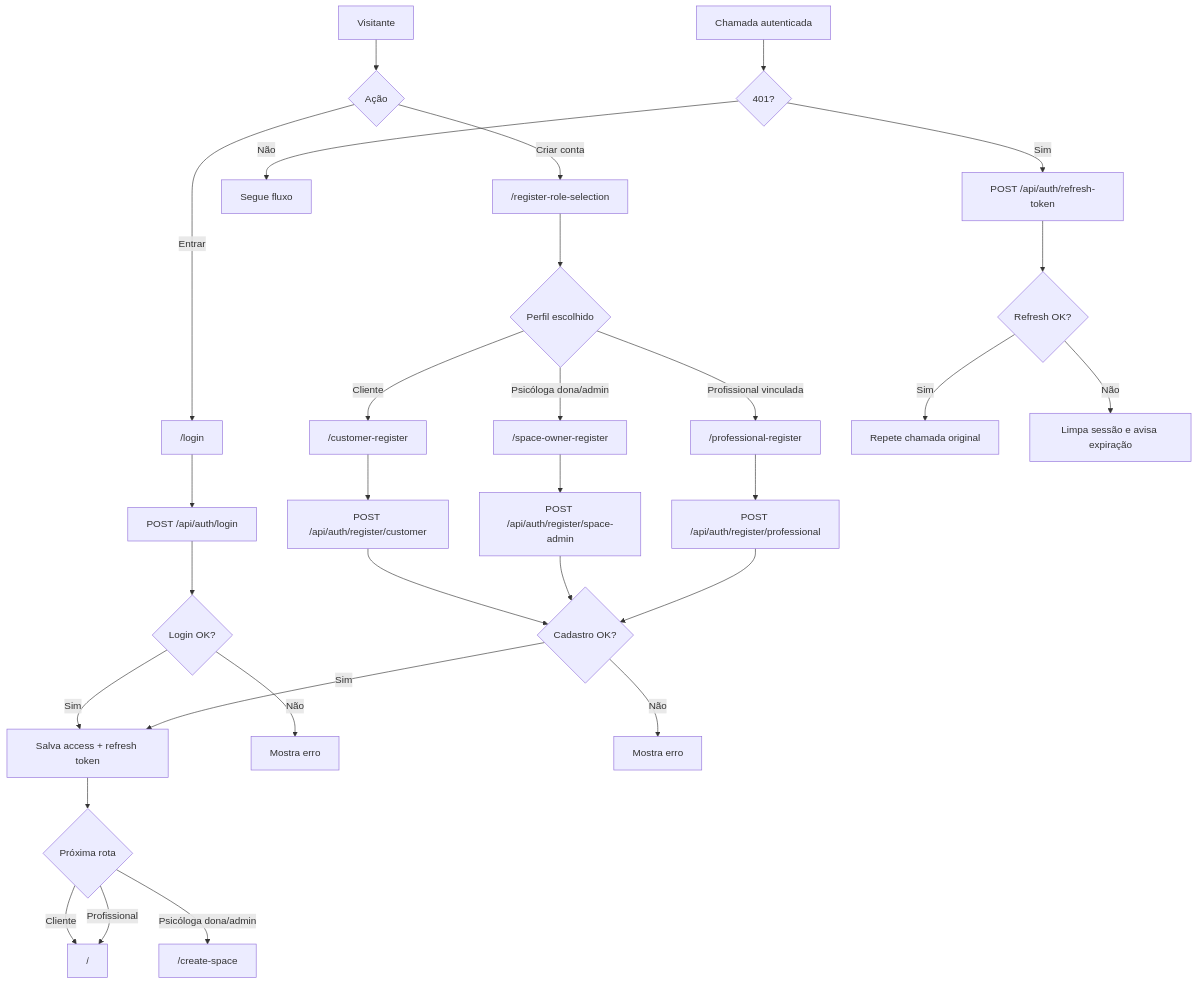
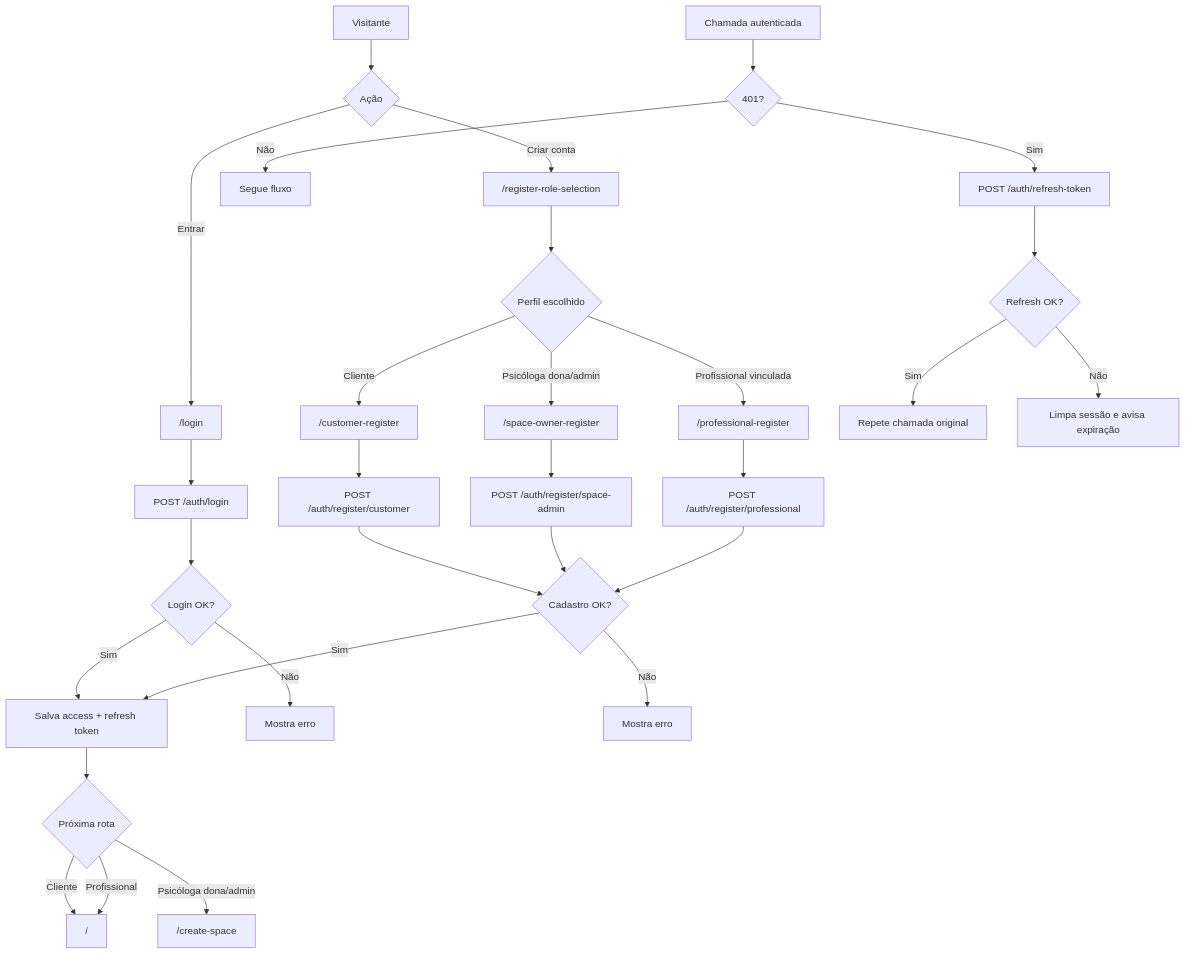
Before and after one commit to ThiDevs/psicologa_agenda: the second of 9 diagrams in docs/fluxograma-cenarios.md, drawn with Mermaid. The commit also changed other lines of this file and 12 other files, not shown here.

````diff
--- a/docs/fluxograma-cenarios.md
+++ b/docs/fluxograma-cenarios.md
@@ -32,38 +32,38 @@
 ```mermaid
 flowchart TD
   Guest["Visitante"] --> ChooseAuth{"Ação"}
   ChooseAuth -- "Entrar" --> Login["/login"]
   ChooseAuth -- "Criar conta" --> RoleSelection["/register-role-selection"]
 
-  Login --> LoginApi["POST /api/auth/login"]
+  Login --> LoginApi["POST /auth/login"]
   LoginApi --> LoginOk{"Login OK?"}
   LoginOk -- "Sim" --> SaveTokens["Salva access + refresh token"]
   LoginOk -- "Não" --> LoginError["Mostra erro"]
 
   RoleSelection --> Role{"Perfil escolhido"}
   Role -- "Cliente" --> CustomerRegister["/customer-register"]
   Role -- "Psicóloga dona/admin" --> OwnerRegister["/space-owner-register"]
   Role -- "Profissional vinculada" --> ProfessionalRegister["/professional-register"]
 
-  CustomerRegister --> RegisterCustomer["POST /api/auth/register/customer"]
-  OwnerRegister --> RegisterOwner["POST /api/auth/register/space-admin"]
-  ProfessionalRegister --> RegisterProfessional["POST /api/auth/register/professional"]
+  CustomerRegister --> RegisterCustomer["POST /auth/register/customer"]
+  OwnerRegister --> RegisterOwner["POST /auth/register/space-admin"]
+  ProfessionalRegister --> RegisterProfessional["POST /auth/register/professional"]
 
   RegisterCustomer --> RegisterOk{"Cadastro OK?"}
   RegisterOwner --> RegisterOk
   RegisterProfessional --> RegisterOk
   RegisterOk -- "Não" --> RegisterError["Mostra erro"]
   RegisterOk -- "Sim" --> SaveTokens
 
   SaveTokens --> NextRoute{"Próxima rota"}
   NextRoute -- "Cliente" --> Home["/"]
   NextRoute -- "Psicóloga dona/admin" --> CreateSpace["/create-space"]
   NextRoute -- "Profissional" --> Home
 
   ApiCall["Chamada autenticada"] --> Unauthorized{"401?"}
   Unauthorized -- "Não" --> ApiResult["Segue fluxo"]
-  Unauthorized -- "Sim" --> Refresh["POST /api/auth/refresh-token"]
+  Unauthorized -- "Sim" --> Refresh["POST /auth/refresh-token"]
   Refresh --> RefreshOk{"Refresh OK?"}
   RefreshOk -- "Sim" --> Retry["Repete chamada original"]
   RefreshOk -- "Não" --> Expire["Limpa sessão e avisa expiração"]
 ```
````
